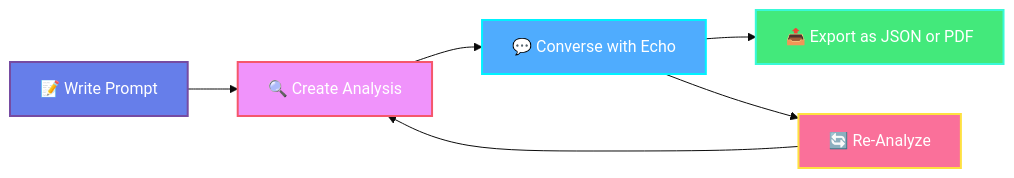
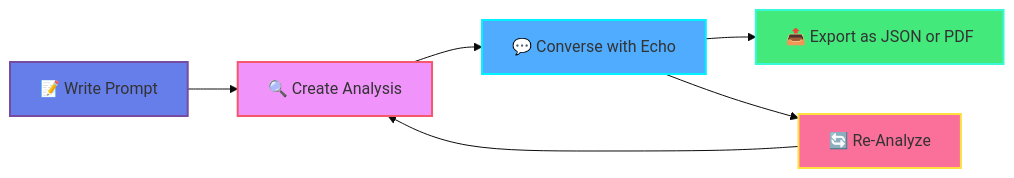
One commit to MoNejjar/echo-hallucination-detect changed the diagram in docs/diagrams/user-flow.mmd. Above: the diagram before and after it, drawn with Mermaid (base theme). The commit also changed 2 other files, not shown here.

Commit message:
fix: Remove unsupported color property from Mermaid diagrams
- Remove color:#fff from all style declarations
- Add quotes around emoji node labels for better rendering
- Restore corrupted user_flow.md from backup
- All diagrams now render correctly on GitHub

````diff
--- a/docs/diagrams/user-flow.mmd
+++ b/docs/diagrams/user-flow.mmd
@@ -1,14 +1,14 @@
 ```mermaid
 flowchart LR
-    A[📝 Write Prompt] --> B[🔍 Create Analysis]
-    B --> C[💬 Converse with Echo]
-    C --> D[📤 Export as JSON or PDF]
-    C --> E[🔄 Re-Analyze]
+    A["📝 Write Prompt"] --> B["🔍 Create Analysis"]
+    B --> C["💬 Converse with Echo"]
+    C --> D["📤 Export as JSON or PDF"]
+    C --> E["🔄 Re-Analyze"]
     E --> B
     
-    style A fill:#667eea,stroke:#764ba2,stroke-width:2px,color:#fff
-    style B fill:#f093fb,stroke:#f5576c,stroke-width:2px,color:#fff
-    style C fill:#4facfe,stroke:#00f2fe,stroke-width:2px,color:#fff
-    style D fill:#43e97b,stroke:#38f9d7,stroke-width:2px,color:#fff
-    style E fill:#fa709a,stroke:#fee140,stroke-width:2px,color:#fff
+    style A fill:#667eea,stroke:#764ba2,stroke-width:2px
+    style B fill:#f093fb,stroke:#f5576c,stroke-width:2px
+    style C fill:#4facfe,stroke:#00f2fe,stroke-width:2px
+    style D fill:#43e97b,stroke:#38f9d7,stroke-width:2px
+    style E fill:#fa709a,stroke:#fee140,stroke-width:2px
 ```
````
